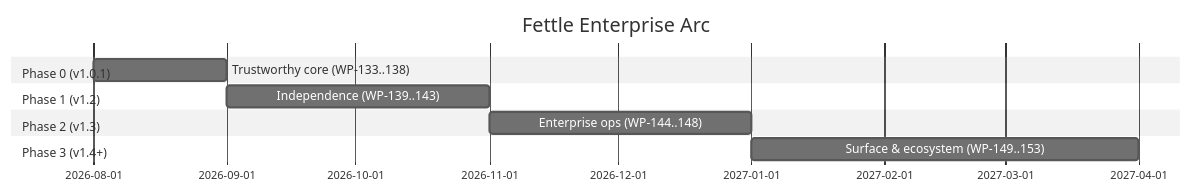
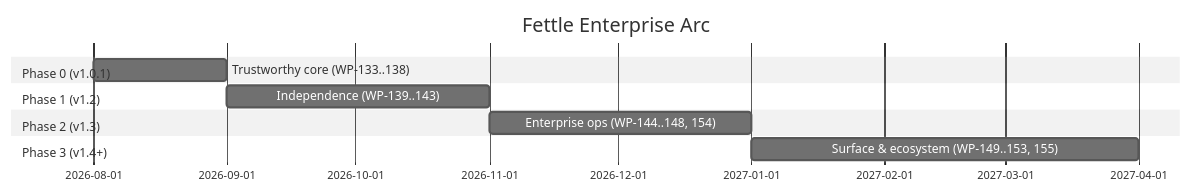
One commit to MilindGaharwar/fettle changed the diagram in docs/fettle-enterprise-product-plan.md. Above: the diagram before and after it, drawn with Mermaid (neutral theme). The commit also changed other lines of this file and 2 other files, not shown here.

````diff
--- a/docs/fettle-enterprise-product-plan.md
+++ b/docs/fettle-enterprise-product-plan.md
@@ -194,13 +226,13 @@
 ```mermaid
 gantt
     dateFormat  YYYY-MM
     title Fettle Enterprise Arc
     section Phase 0 (v1.0.1)
     Trustworthy core (WP-133..138)      :p0, 2026-08, 1M
     section Phase 1 (v1.2)
     Independence (WP-139..143)          :p1, after p0, 2M
     section Phase 2 (v1.3)
-    Enterprise ops (WP-144..148)        :p2, after p1, 2M
+    Enterprise ops (WP-144..148, 154)   :p2, after p1, 2M
     section Phase 3 (v1.4+)
-    Surface & ecosystem (WP-149..153)   :p3, after p2, 3M
+    Surface & ecosystem (WP-149..153, 155) :p3, after p2, 3M
 ```
````
